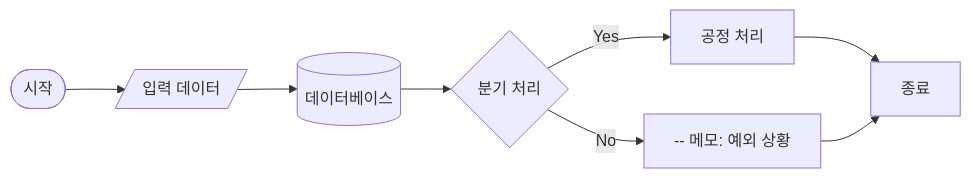
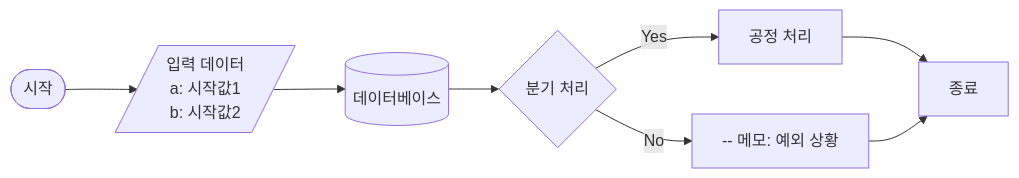
Before and after one commit to pollockslab/diagram-vite2: the second of 2 diagrams in readme/markdown_rules.md, drawn with Mermaid. The commit also changed other lines of this file, not shown here.

````diff
--- a/readme/markdown_rules.md
+++ b/readme/markdown_rules.md
@@ -92,10 +86,10 @@
 ```mermaid
 graph LR
-    Start([시작]) --> Input[/입력 데이터/]
+    Start([시작]) --> Input[/입력 데이터<br>a: 시작값1<br>b: 시작값2/]
     Input --> DB[(데이터베이스)]
     DB --> Decision{분기 처리}
     Decision -- Yes --> Process[공정 처리]
     Decision -- No --> Note[-- 메모: 예외 상황]
     Process --> End[종료]
     Note --> End
 ```
````
